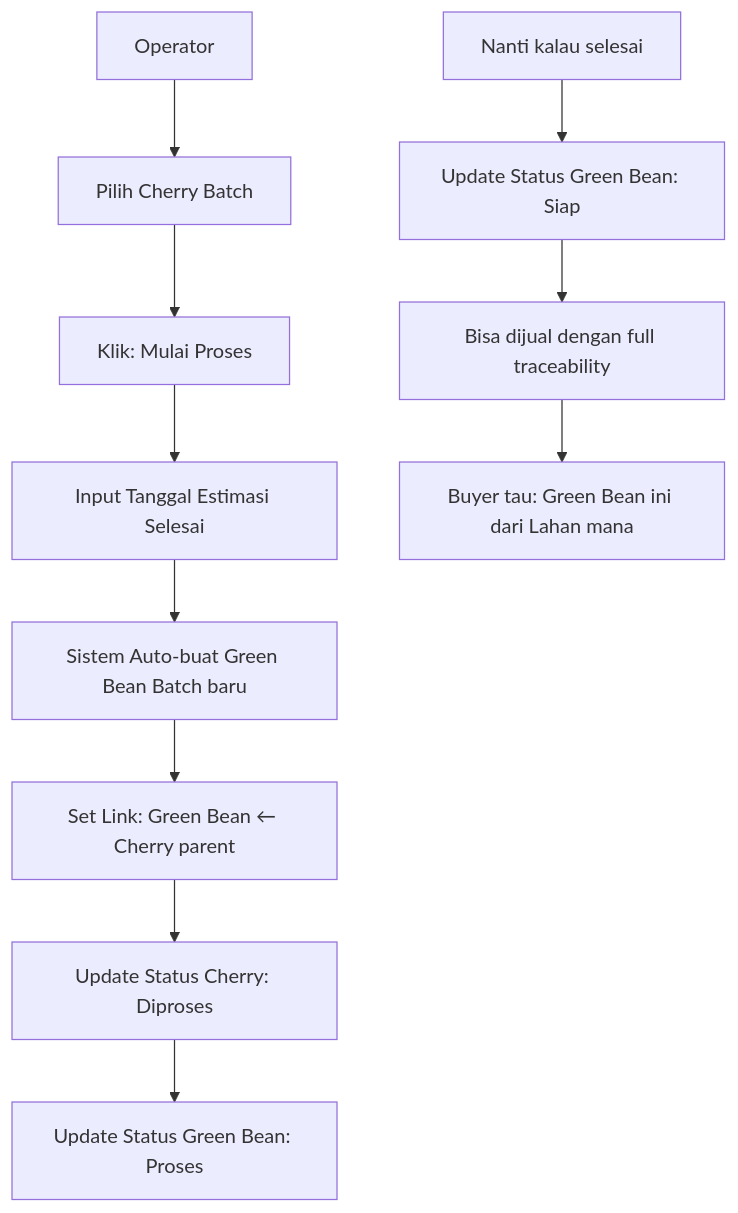
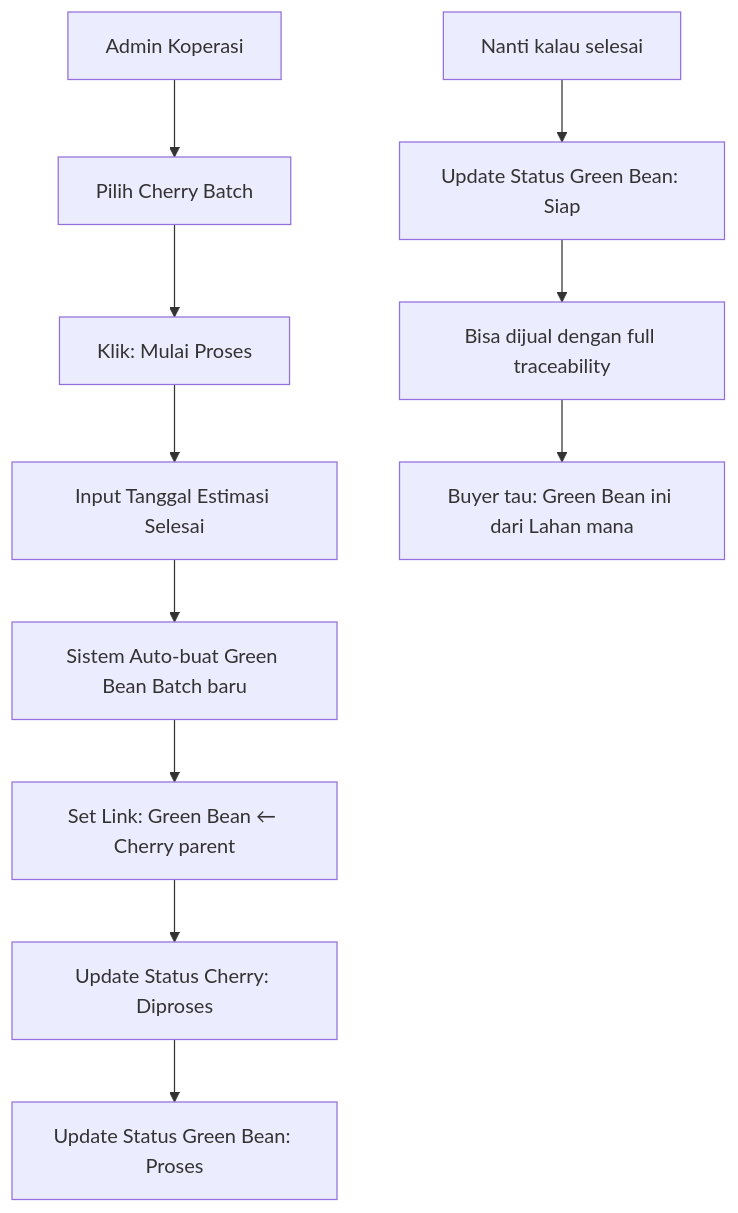
The sixth of 9 diagrams in PRD-Coffee-Cooperative-System.md (ahmaddiqi/Coop-coffee), drawn with Mermaid before and after one commit. The commit also changed other lines of this file, not shown here.

````diff
--- a/PRD-Coffee-Cooperative-System.md
+++ b/PRD-Coffee-Cooperative-System.md
@@ -413,14 +403,14 @@
 ```mermaid
 flowchart TD
-    A[Operator] --> B[Pilih Cherry Batch]
+    A[Admin Koperasi] --> B[Pilih Cherry Batch]
     B --> C[Klik: Mulai Proses]
     C --> D[Input Tanggal Estimasi Selesai]
     D --> E[Sistem Auto-buat Green Bean Batch baru]
     E --> F[Set Link: Green Bean ← Cherry parent]
     F --> G[Update Status Cherry: Diproses]
     G --> H[Update Status Green Bean: Proses]
     
     I[Nanti kalau selesai] --> J[Update Status Green Bean: Siap]
     J --> K[Bisa dijual dengan full traceability]
     K --> L[Buyer tau: Green Bean ini dari Lahan mana]
 ```
````
